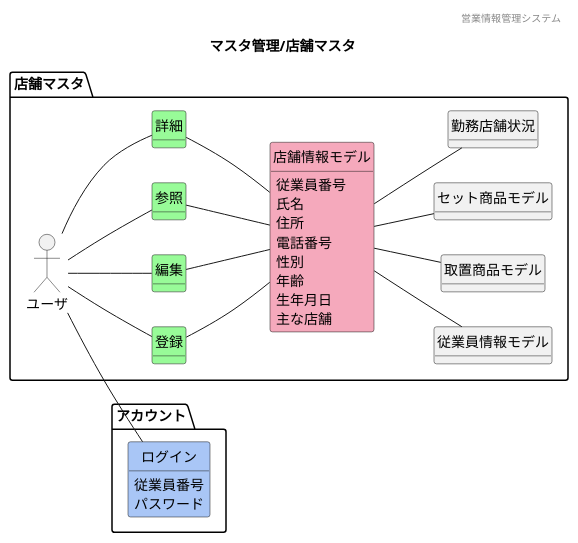
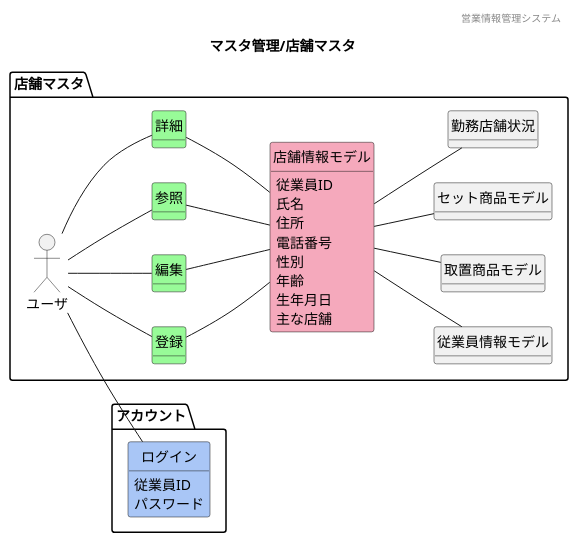
Before and after one commit to HaruShim/Sotuken: the diagram in 各種設計書/1ドメインモデル図/マスタ管理/F02店舗マスタ.plantuml, drawn with PlantUML. The commit also changed 11 other files, not shown here.

```diff
--- a/各種設計書/1ドメインモデル図/マスタ管理/F02店舗マスタ.plantuml
+++ b/各種設計書/1ドメインモデル図/マスタ管理/F02店舗マスタ.plantuml
@@ -1,95 +1,95 @@
 @startuml images/マスタ管理/店舗マスタ
 ' ヘッダー
 header 営業情報管理システム
 ' タイトル
 title マスタ管理/店舗マスタ
 ' 
 hide circle
 ' 
 hide method
 ' hide members
 left to right direction
 
 package "アカウント"{
     class "ログイン" #A9C6F6
 }
 
 package "店舗マスタ"{
     mix_actor "ユーザ"
     class "登録" #98fb98
     class "編集" #98fb98
     class "参照" #98fb98
     class "詳細" #98fb98
     class "店舗情報モデル" #F5A9BC
     class "従業員情報モデル"
     class "取置商品モデル"
     class "セット商品モデル"
     ' class "" #F5A9BC
     ' class "" #F5A9BC
     
 
     ユーザ -- 参照
     ユーザ -- 登録
     ユーザ -- 編集
     ユーザ -- 詳細
     参照 -- 店舗情報モデル
     登録 -- 店舗情報モデル
     編集 -- 店舗情報モデル
     詳細 -- 店舗情報モデル
     店舗情報モデル -- 勤務店舗状況
     店舗情報モデル -- 従業員情報モデル
     店舗情報モデル -- 取置商品モデル
     店舗情報モデル -- セット商品モデル
 
-    店舗情報モデル : 従業員番号
+    店舗情報モデル : 従業員ID
     店舗情報モデル : 氏名
     店舗情報モデル : 住所
     店舗情報モデル : 電話番号
     店舗情報モデル : 性別
     店舗情報モデル : 年齢
     店舗情報モデル : 生年月日
     店舗情報モデル : 主な店舗
     ' 勤務店舗状況 : 店舗名
     ' 勤務店舗状況 : 従業員数
     ' 勤務店舗状況 : 責任者
     ' 店舗情報モデル : 店舗名
     ' 店舗情報モデル : 住所
     ' 店舗情報モデル : 連絡先
     ' 店舗情報モデル : 店長
     ' 店舗情報モデル : 主な従業員
     ' セット商品モデル : セット商品ID
     ' セット商品モデル : セット名
     ' セット商品モデル : 商品コード
     ' セット商品モデル : 型番
     ' セット商品モデル : 店舗ID[FK]
     ' セット商品モデル : 商品数
     ' セット商品モデル : 作成日時
     ' セット商品モデル : 最終更新日時
     ' 取置商品モデル : 取置予約ID
     ' 取置商品モデル : 商品コード[FK]
     ' 取置商品モデル : 型番
     ' 取置商品モデル : 店舗ID[FK]
     ' 取置商品モデル : 予約者氏名
     ' 取置商品モデル : 連絡先
     ' 取置商品モデル : 予約日時
     ' 取置商品モデル : 最終更新日時
     ' 従業員情報モデル : 従業員ID
     ' 従業員情報モデル : 雇用形態
     ' 従業員情報モデル : 店舗ID[FK]
     ' 従業員情報モデル : 氏名
     ' 従業員情報モデル : 氏名(カナ)
     ' 従業員情報モデル : 電話番号
     ' 従業員情報モデル : 性別
     ' 従業員情報モデル : 生年月日
     ' 従業員情報モデル : 年齢
     ' 従業員情報モデル : パスワード
     ' 従業員情報モデル : 無効フラグ
     ' 従業員情報モデル : 作成日時
     ' 従業員情報モデル : 最終更新日時
-    ログイン : 従業員番号
+    ログイン : 従業員ID
     ログイン : パスワード
 }
 
 ユーザ -- ログイン
 
 @enduml
```
